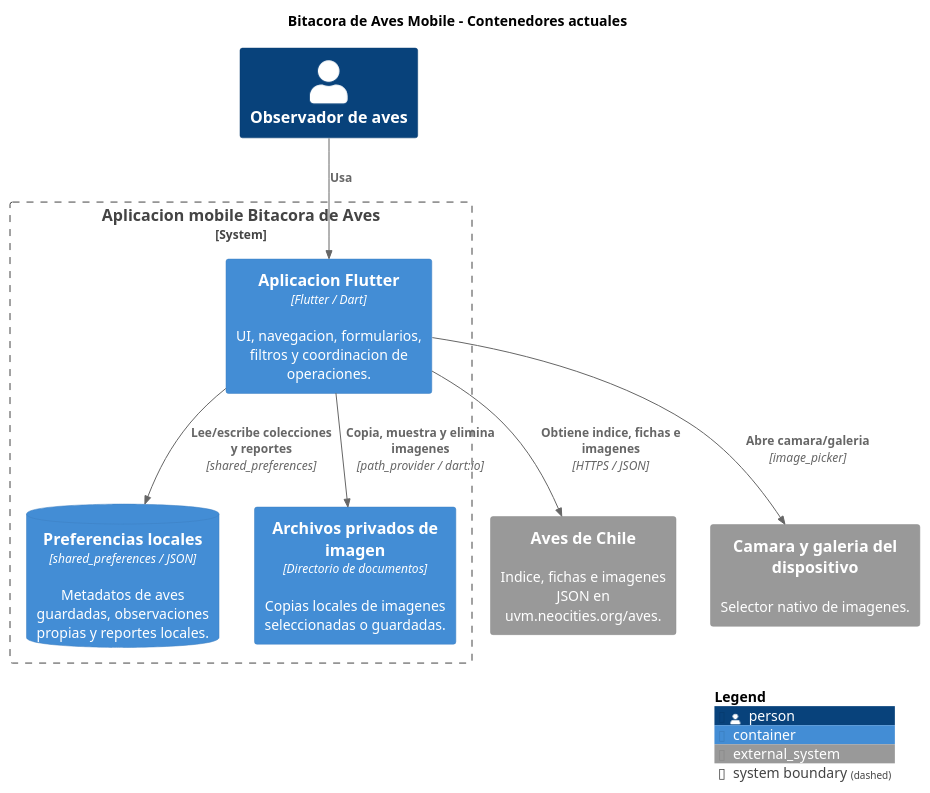
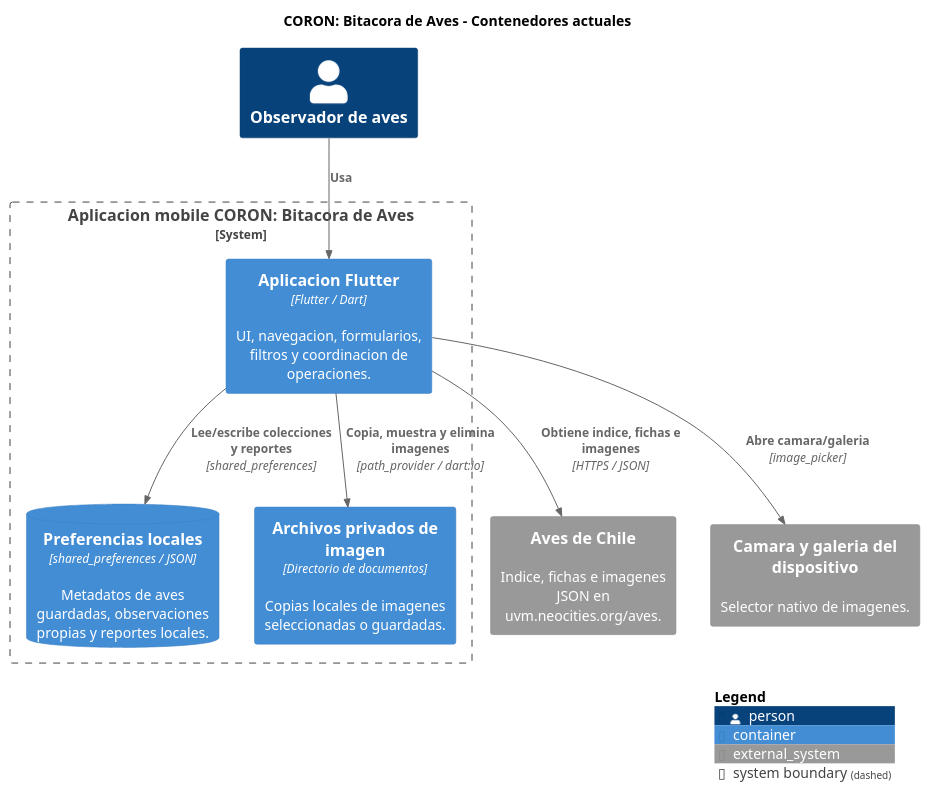
Before and after one commit to cinfuvm/2026_ProyectoAves: the diagram in mobile/docs/modules/ROOT/partials/mobile-c4-containers.puml, drawn with PlantUML. The commit also changed 18 other files, not shown here.

First line of the commit message:
feat: el producto pasa a llamarse CORON: Bitacora de Aves

```diff
--- a/mobile/docs/modules/ROOT/partials/mobile-c4-containers.puml
+++ b/mobile/docs/modules/ROOT/partials/mobile-c4-containers.puml
@@ -1,23 +1,23 @@
 @startuml
 !includeurl https://raw.githubusercontent.com/plantuml-stdlib/C4-PlantUML/release/v2.12.0/C4_Container.puml
 
-title Bitacora de Aves Mobile - Contenedores actuales
+title CORON: Bitacora de Aves - Contenedores actuales
 
 Person(usuario, "Observador de aves")
 System_Ext(aveschile, "Aves de Chile", "Indice, fichas e imagenes JSON en uvm.neocities.org/aves.")
 System_Ext(so, "Camara y galeria del dispositivo", "Selector nativo de imagenes.")
 
-System_Boundary(mobile, "Aplicacion mobile Bitacora de Aves") {
+System_Boundary(mobile, "Aplicacion mobile CORON: Bitacora de Aves") {
   Container(app, "Aplicacion Flutter", "Flutter / Dart", "UI, navegacion, formularios, filtros y coordinacion de operaciones.")
   ContainerDb(preferencias, "Preferencias locales", "shared_preferences / JSON", "Metadatos de aves guardadas, observaciones propias y reportes locales.")
   Container(archivos, "Archivos privados de imagen", "Directorio de documentos", "Copias locales de imagenes seleccionadas o guardadas.")
 }
 
 Rel(usuario, app, "Usa")
 Rel(app, aveschile, "Obtiene indice, fichas e imagenes", "HTTPS / JSON")
 Rel(app, so, "Abre camara/galeria", "image_picker")
 Rel(app, preferencias, "Lee/escribe colecciones y reportes", "shared_preferences")
 Rel(app, archivos, "Copia, muestra y elimina imagenes", "path_provider / dart:io")
 
 SHOW_LEGEND()
 @enduml
```
